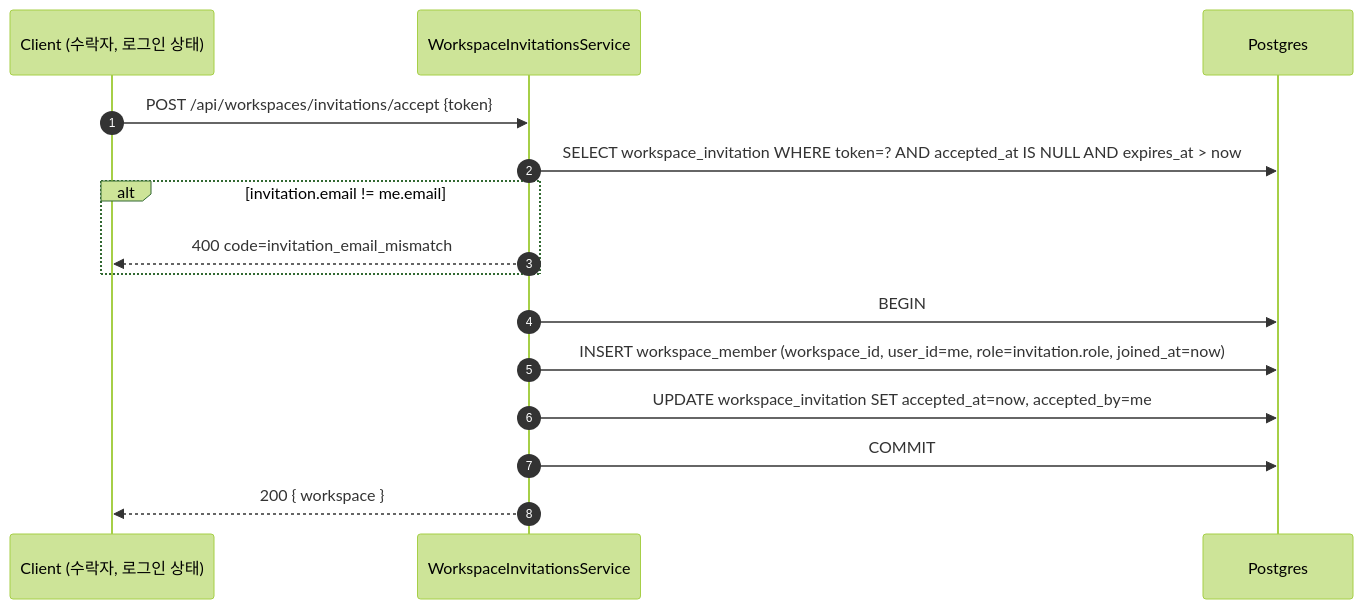
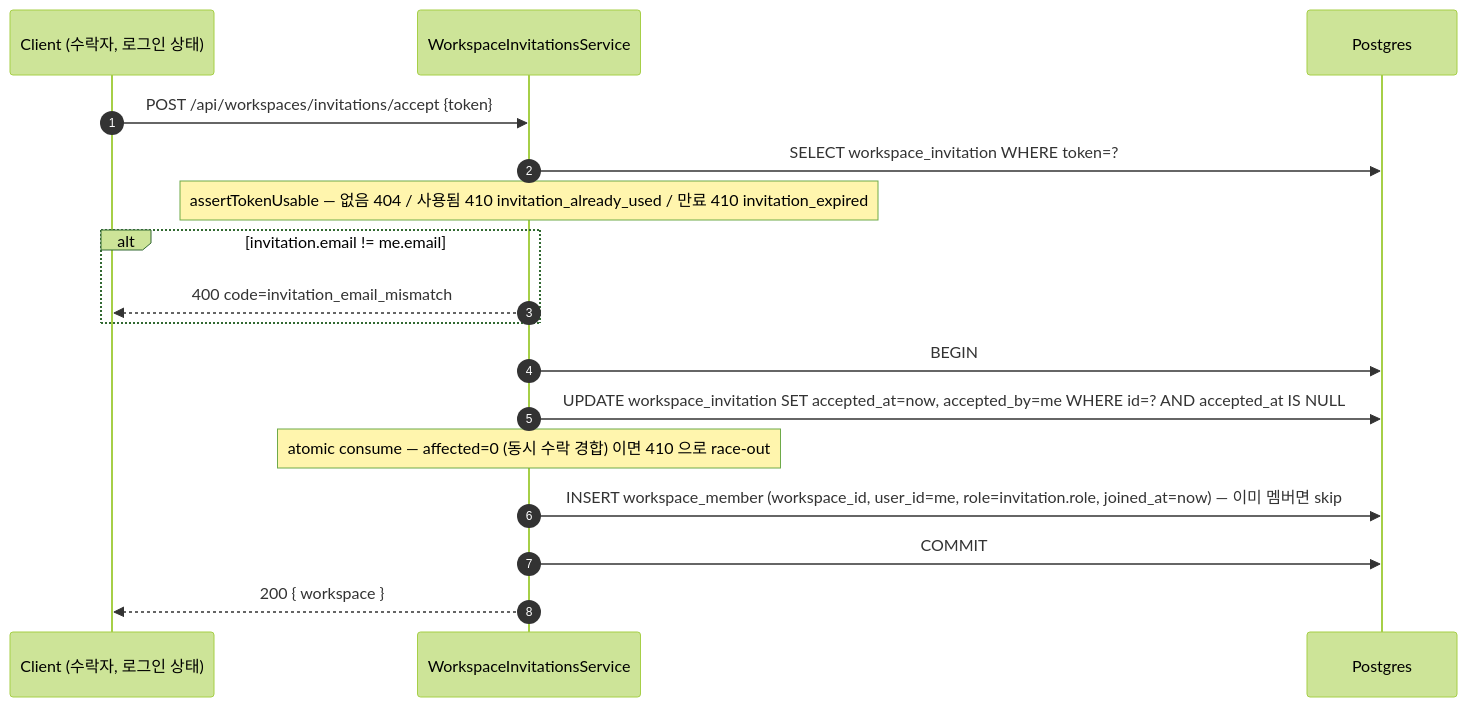
The third of 6 diagrams in spec/data-flow/12-workspace.md (worker-ants/clemvion), drawn with Mermaid (forest theme) before and after one commit. The commit also changed other lines of this file and 89 other files, not shown here.

First line of the commit message:
docs(spec): spec↔code 전수 상호 감사 — 역방향 커버리지 + drift 동기화 + data-flow 재구성 (위반 19건 보고) (#516)

````diff
--- a/spec/data-flow/12-workspace.md
+++ b/spec/data-flow/12-workspace.md
@@ -63,18 +75,20 @@
 ```mermaid
 sequenceDiagram
   autonumber
   participant C as Client (수락자, 로그인 상태)
   participant Svc as WorkspaceInvitationsService
   participant PG as Postgres
 
   C->>Svc: POST /api/workspaces/invitations/accept {token}
-  Svc->>PG: SELECT workspace_invitation WHERE token=? AND accepted_at IS NULL AND expires_at > now
+  Svc->>PG: SELECT workspace_invitation WHERE token=?
+  Note over Svc: assertTokenUsable — 없음 404 / 사용됨 410 invitation_already_used / 만료 410 invitation_expired
   alt invitation.email != me.email
     Svc-->>C: 400 code=invitation_email_mismatch
   end
   Svc->>PG: BEGIN
-  Svc->>PG: INSERT workspace_member (workspace_id, user_id=me, role=invitation.role, joined_at=now)
-  Svc->>PG: UPDATE workspace_invitation SET accepted_at=now, accepted_by=me
+  Svc->>PG: UPDATE workspace_invitation SET accepted_at=now, accepted_by=me WHERE id=? AND accepted_at IS NULL
+  Note over Svc: atomic consume — affected=0 (동시 수락 경합) 이면 410 으로 race-out
+  Svc->>PG: INSERT workspace_member (workspace_id, user_id=me, role=invitation.role, joined_at=now)  — 이미 멤버면 skip
   Svc->>PG: COMMIT
   Svc-->>C: 200 { workspace }
 ```
````
